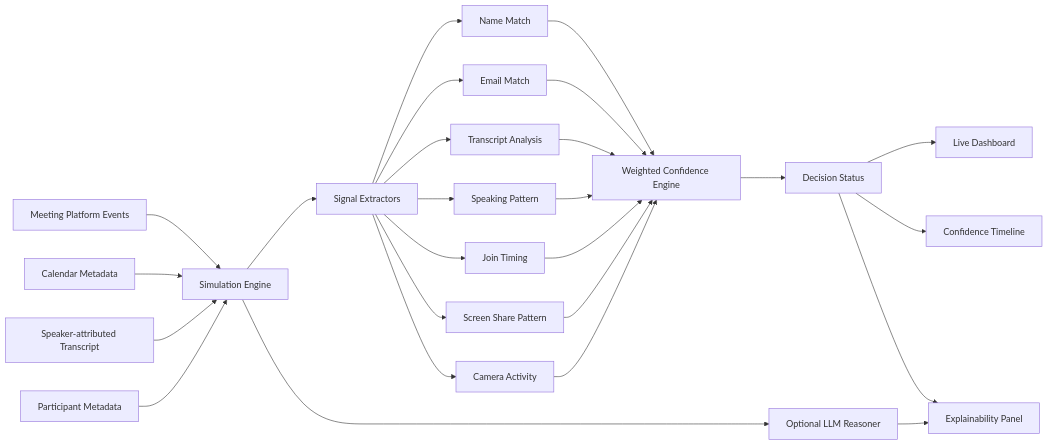
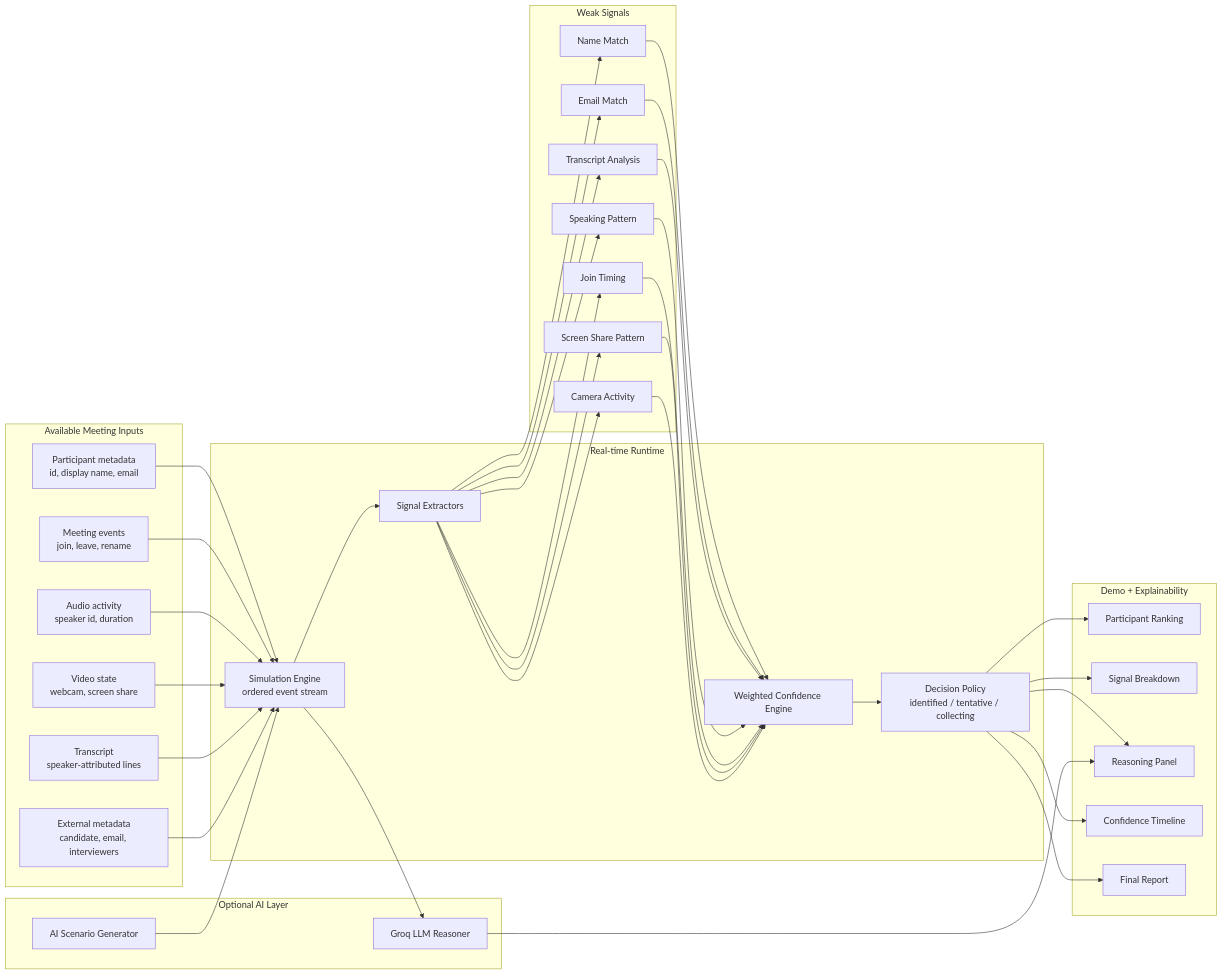
One commit to jatinnathh/sherlock changed the diagram in README.md. Above: the diagram before and after it, drawn with Mermaid. The commit also changed other lines of this file, not shown here.

````diff
--- a/README.md
+++ b/README.md
@@ -21,32 +50,76 @@
 ```mermaid
 flowchart LR
-  A["Meeting Platform Events"] --> B["Simulation Engine"]
-  C["Calendar Metadata"] --> B
-  D["Speaker-attributed Transcript"] --> B
-  E["Participant Metadata"] --> B
+  subgraph Inputs["Available Meeting Inputs"]
+    A["Participant metadata<br/>id, display name, email"]
+    B["Meeting events<br/>join, leave, rename"]
+    C["Audio activity<br/>speaker id, duration"]
+    D["Video state<br/>webcam, screen share"]
+    E["Transcript<br/>speaker-attributed lines"]
+    F["External metadata<br/>candidate, email, interviewers"]
+  end
 
-  B --> F["Signal Extractors"]
-  F --> F1["Name Match"]
-  F --> F2["Email Match"]
-  F --> F3["Transcript Analysis"]
-  F --> F4["Speaking Pattern"]
-  F --> F5["Join Timing"]
-  F --> F6["Screen Share Pattern"]
-  F --> F7["Camera Activity"]
+  subgraph Runtime["Real-time Runtime"]
+    G["Simulation Engine<br/>ordered event stream"]
+    H["Signal Extractors"]
+    I["Weighted Confidence Engine"]
+    J["Decision Policy<br/>identified / tentative / collecting"]
+  end
 
-  F1 --> G["Weighted Confidence Engine"]
-  F2 --> G
-  F3 --> G
-  F4 --> G
-  F5 --> G
-  F6 --> G
-  F7 --> G
+  subgraph Signals["Weak Signals"]
+    H1["Name Match"]
+    H2["Email Match"]
+    H3["Transcript Analysis"]
+    H4["Speaking Pattern"]
+    H5["Join Timing"]
+    H6["Screen Share Pattern"]
+    H7["Camera Activity"]
+  end
 
-  G --> H["Decision Status"]
-  H --> I["Live Dashboard"]
-  H --> J["Confidence Timeline"]
-  H --> K["Explainability Panel"]
+  subgraph UI["Demo + Explainability"]
+    K["Participant Ranking"]
+    L["Signal Breakdown"]
+    M["Reasoning Panel"]
+    N["Confidence Timeline"]
+    O["Final Report"]
+  end
 
-  B --> L["Optional LLM Reasoner"]
-  L --> K
+  subgraph OptionalAI["Optional AI Layer"]
+    P["Groq LLM Reasoner"]
+    Q["AI Scenario Generator"]
+  end
+
+  A --> G
+  B --> G
+  C --> G
+  D --> G
+  E --> G
+  F --> G
+
+  G --> H
+  H --> H1
+  H --> H2
+  H --> H3
+  H --> H4
+  H --> H5
+  H --> H6
+  H --> H7
+
+  H1 --> I
+  H2 --> I
+  H3 --> I
+  H4 --> I
+  H5 --> I
+  H6 --> I
+  H7 --> I
+
+  I --> J
+  J --> K
+  J --> L
+  J --> M
+  J --> N
+  J --> O
+
+  G --> P
+  P --> M
+  Q --> G
 ```
````
